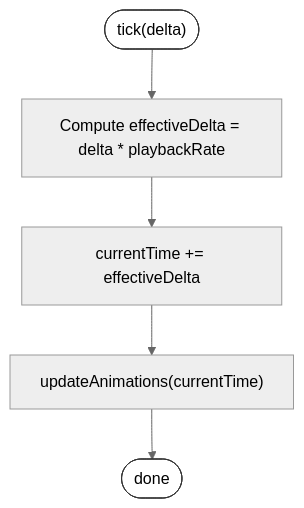
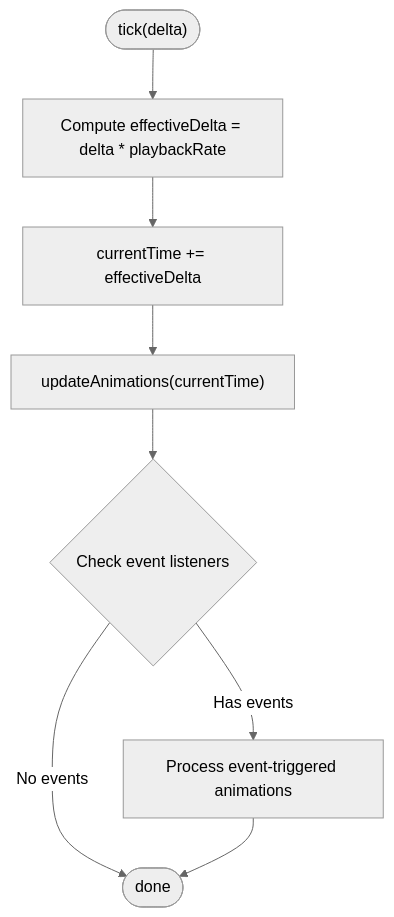
One commit to denisnadey/flutter_full_svg_support changed the fifth of 26 diagrams in .qoder/repowiki/en/content/Animated SVG Support/Animated SVG Support.md. Above: the diagram before and after it, drawn with Mermaid (neutral theme). The commit also changed other lines of this file and 20 other files, not shown here.

````diff
--- a/.qoder/repowiki/en/content/Animated SVG Support/Animated SVG Support.md
+++ b/.qoder/repowiki/en/content/Animated SVG Support/Animated SVG Support.md
@@ -328,9 +377,10 @@
 ```mermaid
 flowchart TD
 Start(["tick(delta)"]) --> Scale["Compute effectiveDelta = delta * playbackRate"]
 Scale --> AddTime["currentTime += effectiveDelta"]
 AddTime --> Update["updateAnimations(currentTime)"]
-Update --> End(["done"])
-style Start fill:#fff,stroke:#333,color:#000
-style End fill:#fff,stroke:#333,color:#000
+Update --> CheckEvents{"Check event listeners"}
+CheckEvents --> |Has events| ProcessEvents["Process event-triggered animations"]
+CheckEvents --> |No events| End(["done"])
+ProcessEvents --> End
 ```
````
